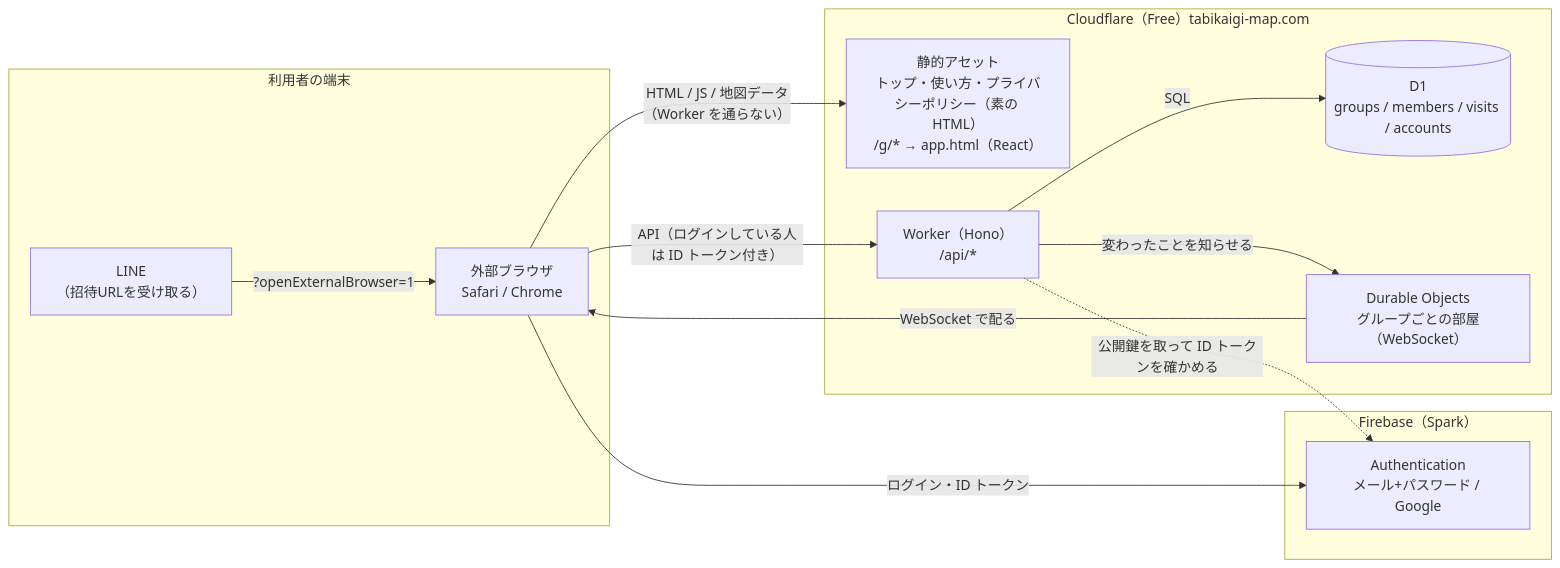
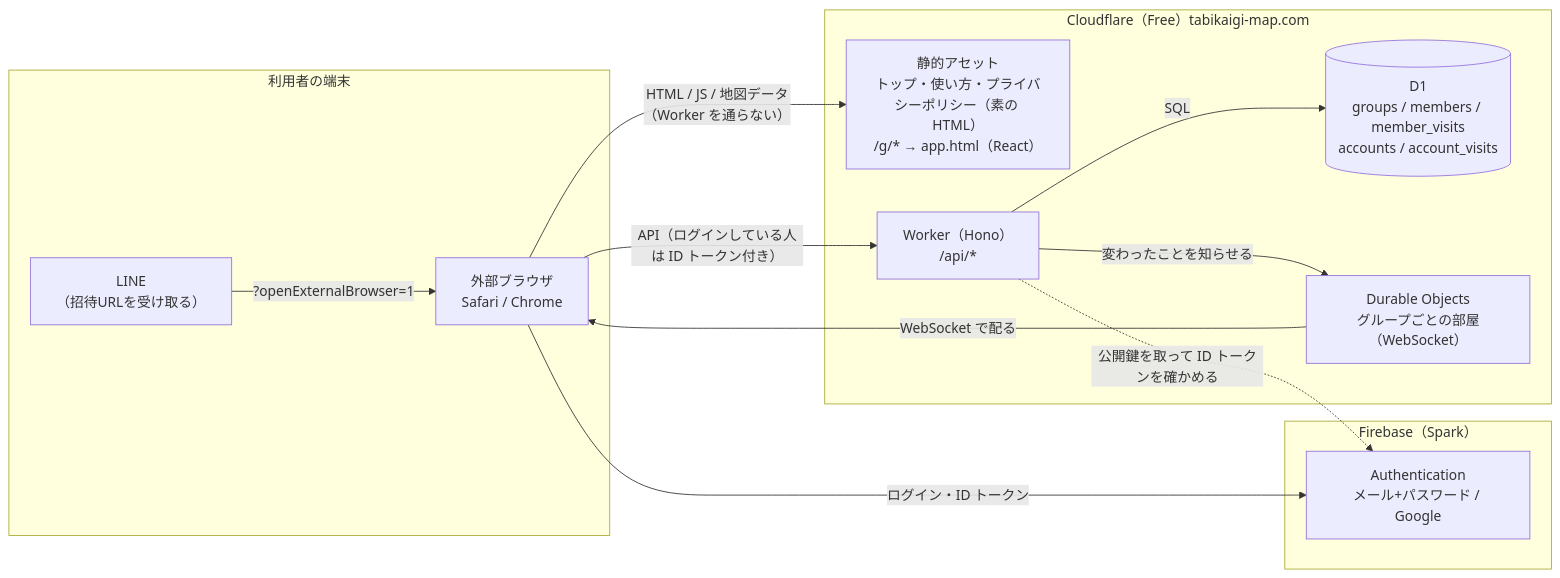
Before and after one commit to yuppy52/tabikaigi-map: the diagram in docs/design/architecture.md, drawn with Mermaid. The commit also changed other lines of this file and 9 other files, not shown here.

````diff
--- a/docs/design/architecture.md
+++ b/docs/design/architecture.md
@@ -7,27 +7,27 @@
 ```mermaid
 flowchart LR
   subgraph client["利用者の端末"]
     LINE["LINE<br/>（招待URLを受け取る）"]
     Browser["外部ブラウザ<br/>Safari / Chrome"]
     LINE -- "?openExternalBrowser=1" --> Browser
   end
 
   subgraph cf["Cloudflare（Free）tabikaigi-map.com"]
     Assets["静的アセット<br/>トップ・使い方・プライバシーポリシー（素の HTML）<br/>/g/* → app.html（React）"]
     Worker["Worker（Hono）<br/>/api/*"]
-    D1[("D1<br/>groups / members / visits / accounts")]
+    D1[("D1<br/>groups / members / member_visits<br/>accounts / account_visits")]
     Room["Durable Objects<br/>グループごとの部屋（WebSocket）"]
   end
 
   subgraph fb["Firebase（Spark）"]
     Auth["Authentication<br/>メール+パスワード / Google"]
   end
 
   Browser -- "HTML / JS / 地図データ<br/>（Worker を通らない）" --> Assets
   Browser -- "API（ログインしている人は ID トークン付き）" --> Worker
   Worker -- "SQL" --> D1
   Worker -- "変わったことを知らせる" --> Room
   Room -- "WebSocket で配る" --> Browser
   Browser -- "ログイン・ID トークン" --> Auth
   Worker -. "公開鍵を取って ID トークンを確かめる" .-> Auth
 ```
````
